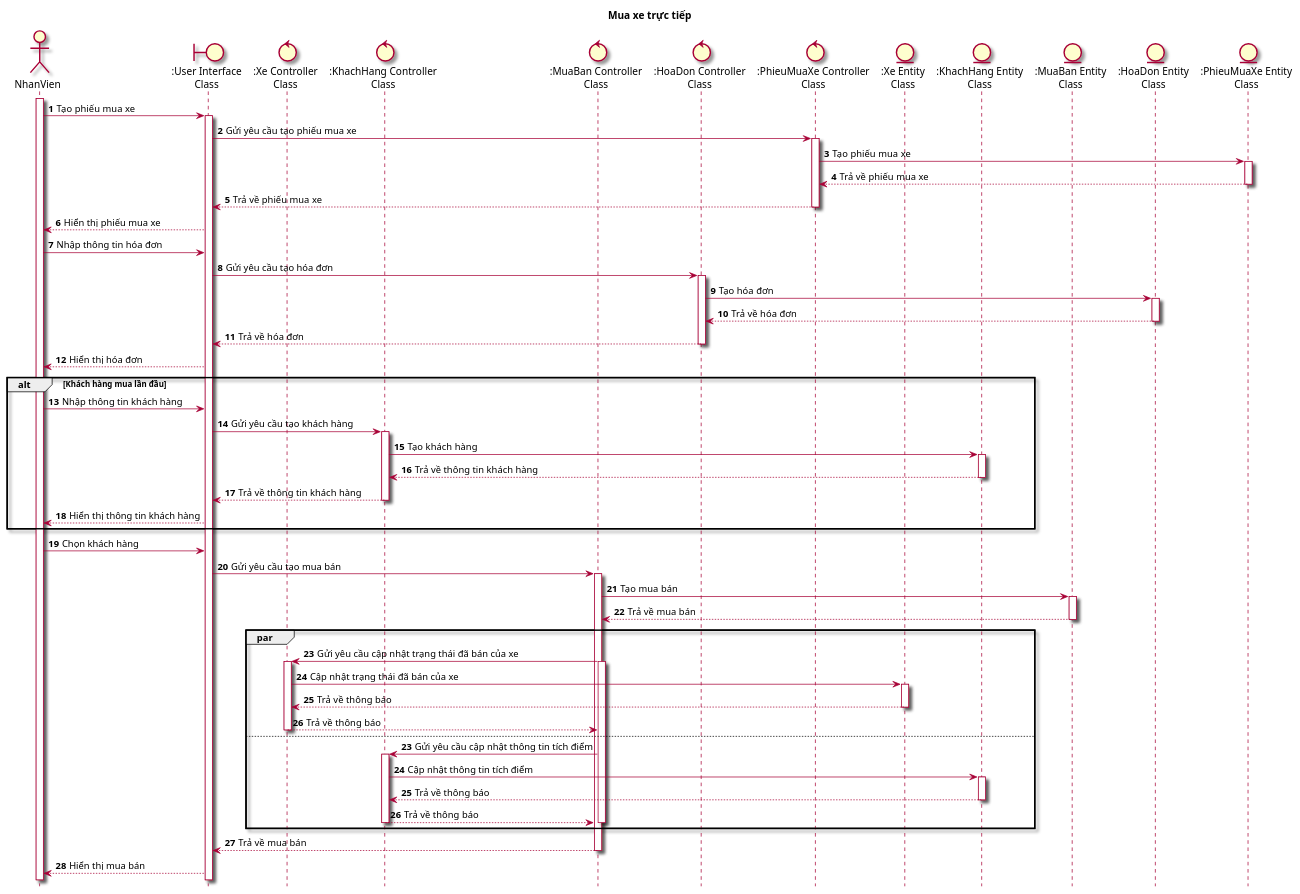
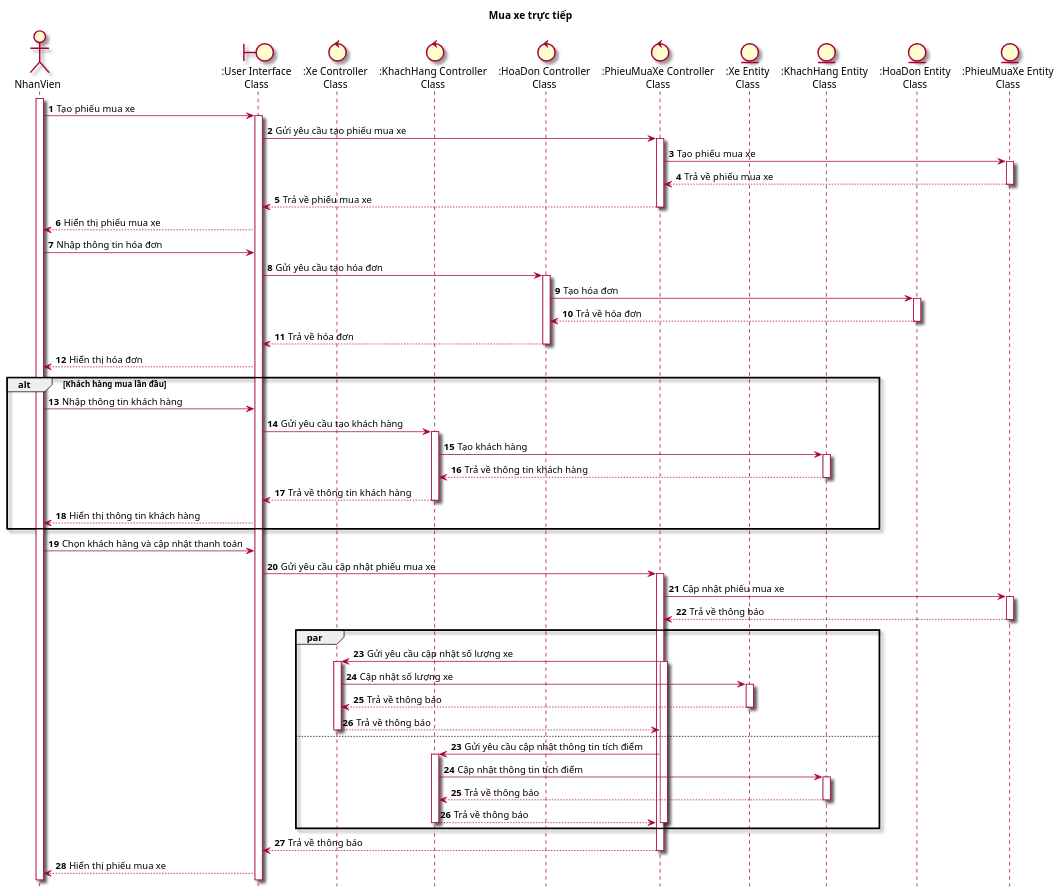
One commit to Marowota/SE100-plantuml changed the diagram in excercise/seq.puml. Above: the diagram before and after it, drawn with PlantUML. The commit also changed 2 other files, not shown here.

```diff
--- a/excercise/seq.puml
+++ b/excercise/seq.puml
@@ -1,64 +1,62 @@
 @startuml SequenceDiagram
 
 skin rose
 hide footbox
 
 title Mua xe trực tiếp
 
 actor NhanVien
 boundary ":User Interface\nClass" as ui
 control ":Xe Controller\nClass" as xeControl
 control ":KhachHang Controller\nClass" as khControl
-control ":MuaBan Controller\nClass" as mbControl
 control ":HoaDon Controller\nClass" as hdControl
 control ":PhieuMuaXe Controller\nClass" as pmxControl
 entity ":Xe Entity\nClass" as xe
 entity ":KhachHang Entity\nClass" as kh
-entity ":MuaBan Entity\nClass" as mb
 entity ":HoaDon Entity\nClass" as hd
 entity ":PhieuMuaXe Entity\nClass" as pmx
 
 autonumber
 NhanVien++
 NhanVien -> ui++ : Tạo phiếu mua xe
 ui -> pmxControl++ : Gửi yêu cầu tạo phiếu mua xe
 pmxControl -> pmx++ : Tạo phiếu mua xe
 pmx --> pmxControl-- : Trả về phiếu mua xe
 pmxControl --> ui-- : Trả về phiếu mua xe
 ui --> NhanVien : Hiển thị phiếu mua xe
 NhanVien -> ui : Nhập thông tin hóa đơn
 ui -> hdControl++ : Gửi yêu cầu tạo hóa đơn
 hdControl -> hd++ : Tạo hóa đơn
 hd --> hdControl-- : Trả về hóa đơn
 hdControl --> ui-- : Trả về hóa đơn
 ui --> NhanVien : Hiển thị hóa đơn
 alt Khách hàng mua lần đầu
     NhanVien -> ui : Nhập thông tin khách hàng
     ui -> khControl++ : Gửi yêu cầu tạo khách hàng
     khControl -> kh++ : Tạo khách hàng
     kh --> khControl-- : Trả về thông tin khách hàng
     khControl --> ui-- : Trả về thông tin khách hàng
     ui --> NhanVien : Hiển thị thông tin khách hàng
 end
-NhanVien -> ui : Chọn khách hàng
-ui -> mbControl++ : Gửi yêu cầu tạo mua bán
-mbControl -> mb++ : Tạo mua bán
-mb --> mbControl-- : Trả về mua bán
+NhanVien -> ui : Chọn khách hàng và cập nhật thanh toán
+ui -> pmxControl++ : Gửi yêu cầu cập nhật phiếu mua xe
+pmxControl -> pmx++ : Cập nhật phiếu mua xe
+pmx --> pmxControl-- : Trả về thông báo
 par
-    mbControl -> xeControl++ : Gửi yêu cầu cập nhật trạng thái đã bán của xe
-    mbControl++
-    xeControl -> xe++ : Cập nhật trạng thái đã bán của xe
+    pmxControl -> xeControl++ : Gửi yêu cầu cập nhật số lượng xe
+    pmxControl++
+    xeControl -> xe++ : Cập nhật số lượng xe
     xe --> xeControl-- : Trả về thông báo
-    xeControl--> mbControl-- : Trả về thông báo
+    xeControl--> pmxControl-- : Trả về thông báo
     else
     autonumber 23
-    mbControl -> khControl++ : Gửi yêu cầu cập nhật thông tin tích điểm
+    pmxControl -> khControl++ : Gửi yêu cầu cập nhật thông tin tích điểm
     khControl -> kh++ : Cập nhật thông tin tích điểm
     kh --> khControl-- : Trả về thông báo
-    khControl--> mbControl-- : Trả về thông báo
-    mbControl--
+    khControl--> pmxControl-- : Trả về thông báo
+    pmxControl--
 end
-mbControl --> ui-- : Trả về mua bán
-ui --> NhanVien : Hiển thị mua bán
+pmxControl --> ui-- : Trả về thông báo
+ui --> NhanVien : Hiển thị phiếu mua xe
 
 @enduml
```
